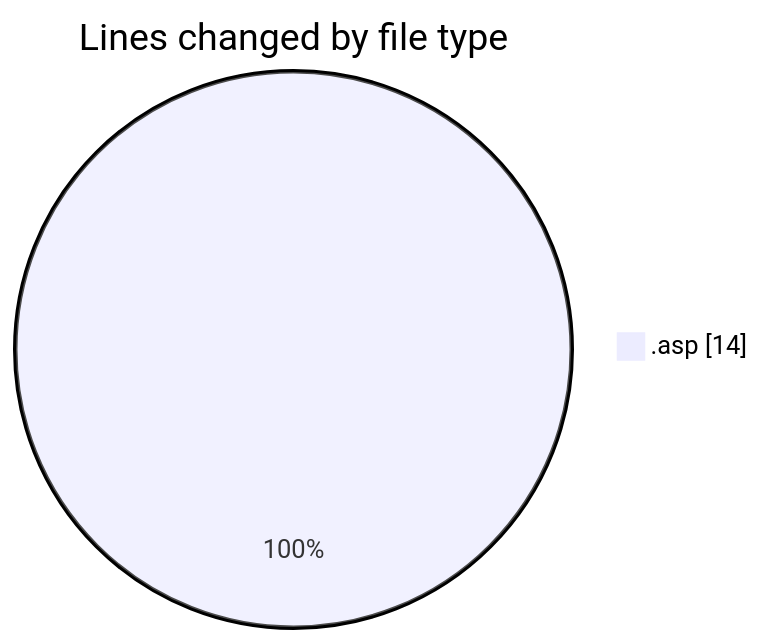
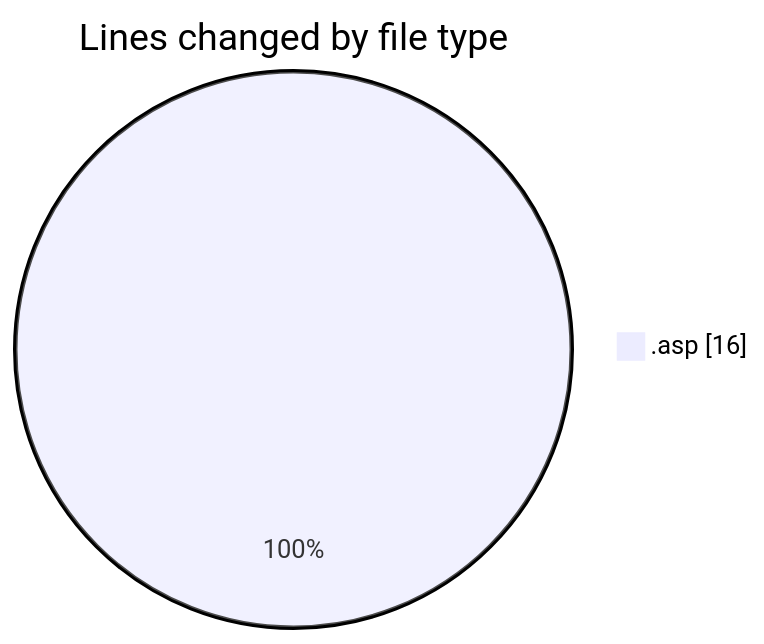
Before and after one commit to julien-gomy/code-tracking: the first of 2 diagrams in 2025-11-02/cdp_aleoudev_fr__workspace_/README.md, drawn with Mermaid. The commit also changed other lines of this file and 1 other file, not shown here.

````diff
--- a/2025-11-02/cdp_aleoudev_fr__workspace_/README.md
+++ b/2025-11-02/cdp_aleoudev_fr__workspace_/README.md
@@ -21,5 +21,5 @@
 ```mermaid
 pie showData
 title Lines changed by file type
-".asp" : 14
+".asp" : 16
 ```
````
